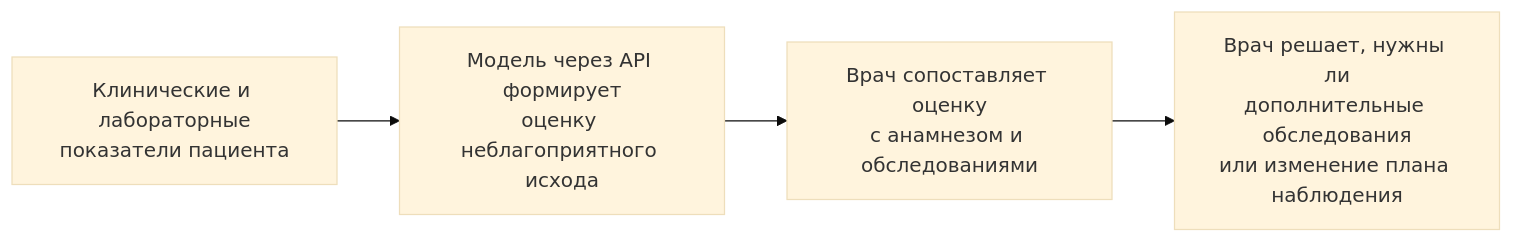
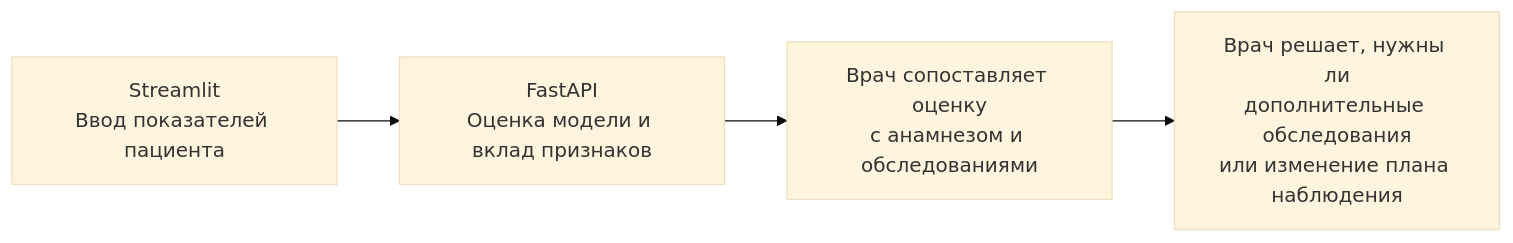
Before and after one commit to horacemtb/cirrhosis-outcome-service: the diagram in Model_BPMN.md, drawn with Mermaid (base theme). The commit also changed other lines of this file and 16 other files, not shown here.

````diff
--- a/Model_BPMN.md
+++ b/Model_BPMN.md
@@ -18,8 +18,8 @@
 ```mermaid
 flowchart LR
-    A["Клинические и лабораторные<br/>показатели пациента"]
-    B["Модель через API формирует<br/>оценку неблагоприятного исхода"]
+    A["Streamlit<br/>Ввод показателей пациента"]
+    B["FastAPI<br/>Оценка модели и вклад признаков"]
     C["Врач сопоставляет оценку<br/>с анамнезом и обследованиями"]
     D["Врач решает, нужны ли<br/>дополнительные обследования<br/>или изменение плана наблюдения"]
     A --> B --> C --> D
 ```
````
